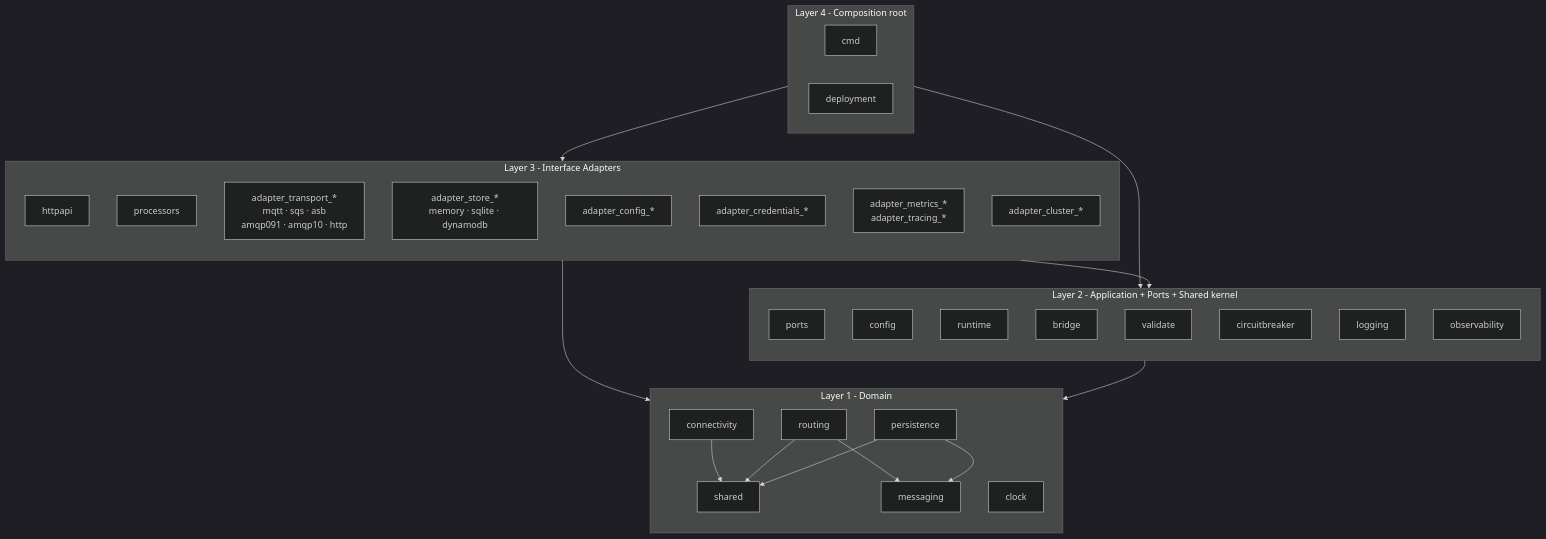
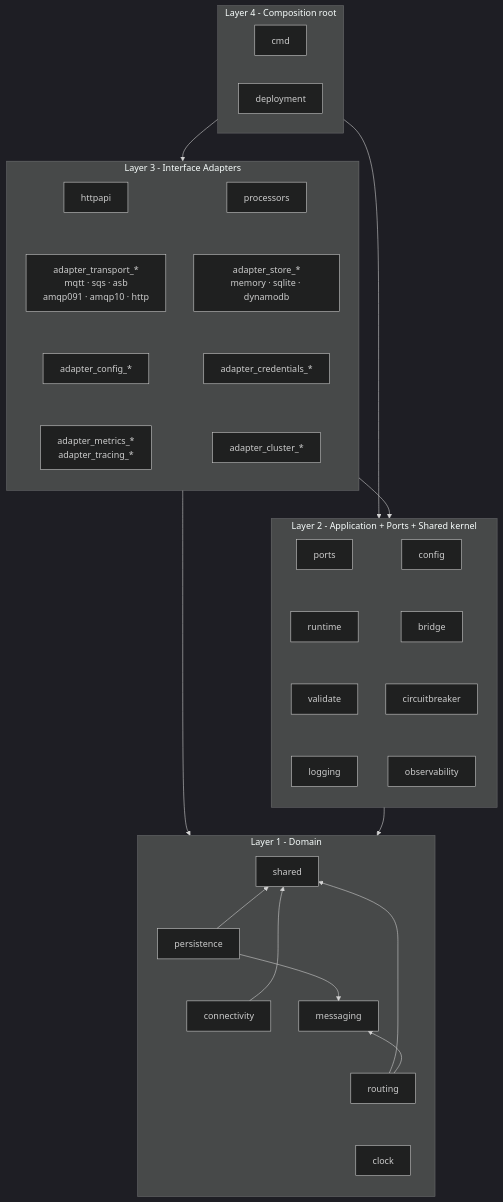
Before and after one commit to mariotoffia/gobridge: the eighth of 9 diagrams in DDD.md, drawn with Mermaid (dark theme). The commit also changed 1 other file, not shown here.

Commit message:
docs(DDD): update flowchart to reflect new adapter and processor relationships

````diff
--- a/DDD.md
+++ b/DDD.md
@@ -366,51 +366,67 @@
 ```mermaid
 flowchart TB
     subgraph L4 [Layer 4 - Composition root]
         direction LR
         cmd
         deployment
     end
     subgraph L3 [Layer 3 - Interface Adapters]
         direction TB
         httpapi
         processors
         adapters_transport["adapter_transport_*<br/>mqtt · sqs · asb<br/>amqp091 · amqp10 · http"]
         adapters_store["adapter_store_*<br/>memory · sqlite · dynamodb"]
         adapters_config["adapter_config_*"]
         adapters_creds["adapter_credentials_*"]
         adapters_obs["adapter_metrics_*<br/>adapter_tracing_*"]
         adapters_cluster["adapter_cluster_*"]
+        httpapi ~~~ adapters_transport
+        adapters_transport ~~~ adapters_config
+        adapters_config ~~~ adapters_obs
+        processors ~~~ adapters_store
+        adapters_store ~~~ adapters_creds
+        adapters_creds ~~~ adapters_cluster
     end
     subgraph L2 [Layer 2 - Application + Ports + Shared kernel]
         direction TB
         ports
         config
         runtime
         bridge
         validate
         circuitbreaker
         logging
         observability
+        ports ~~~ runtime
+        runtime ~~~ validate
+        validate ~~~ logging
+        config ~~~ bridge
+        bridge ~~~ circuitbreaker
+        circuitbreaker ~~~ observability
     end
     subgraph L1 [Layer 1 - Domain]
         direction TB
         shared
         messaging
         persistence
         routing
         connectivity
         clock
+        shared ~~~ persistence
+        persistence ~~~ connectivity
+        messaging ~~~ routing
+        routing ~~~ clock
     end
 
     L4 --> L3
     L4 --> L2
     L3 --> L2
     L3 --> L1
     L2 --> L1
 
     persistence --> shared
     persistence --> messaging
     routing --> shared
     routing --> messaging
     connectivity --> shared
 ```
````
